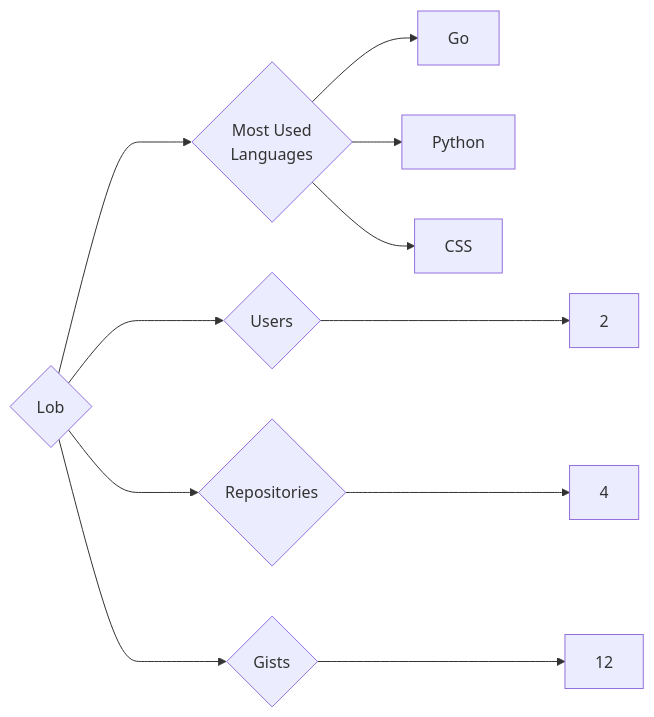
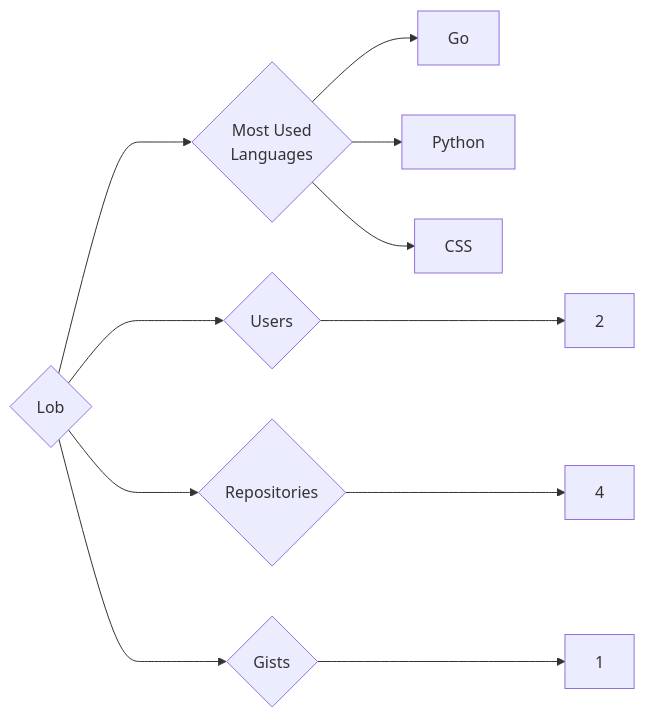
Before and after one commit to trickest/insiders: the diagram in targets/Lob/README.md, drawn with Mermaid. The commit also changed 752 other files, not shown here.

````diff
--- a/targets/Lob/README.md
+++ b/targets/Lob/README.md
@@ -3,11 +3,11 @@
 ```mermaid
 graph LR
 COMPANY_NAME{Lob}
 COMPANY_NAME ---> U{Users} ---> UN[2]
 COMPANY_NAME ---> R{Repositories} ---> RN[4]
-COMPANY_NAME ---> G{Gists} ---> GN[12]
+COMPANY_NAME ---> G{Gists} ---> GN[1]
 COMPANY_NAME ---> ML{Most Used<br>Languages}
 ML --> Go[Go]
 ML --> Python[Python]
 ML --> CSS[CSS]
 ```
````
